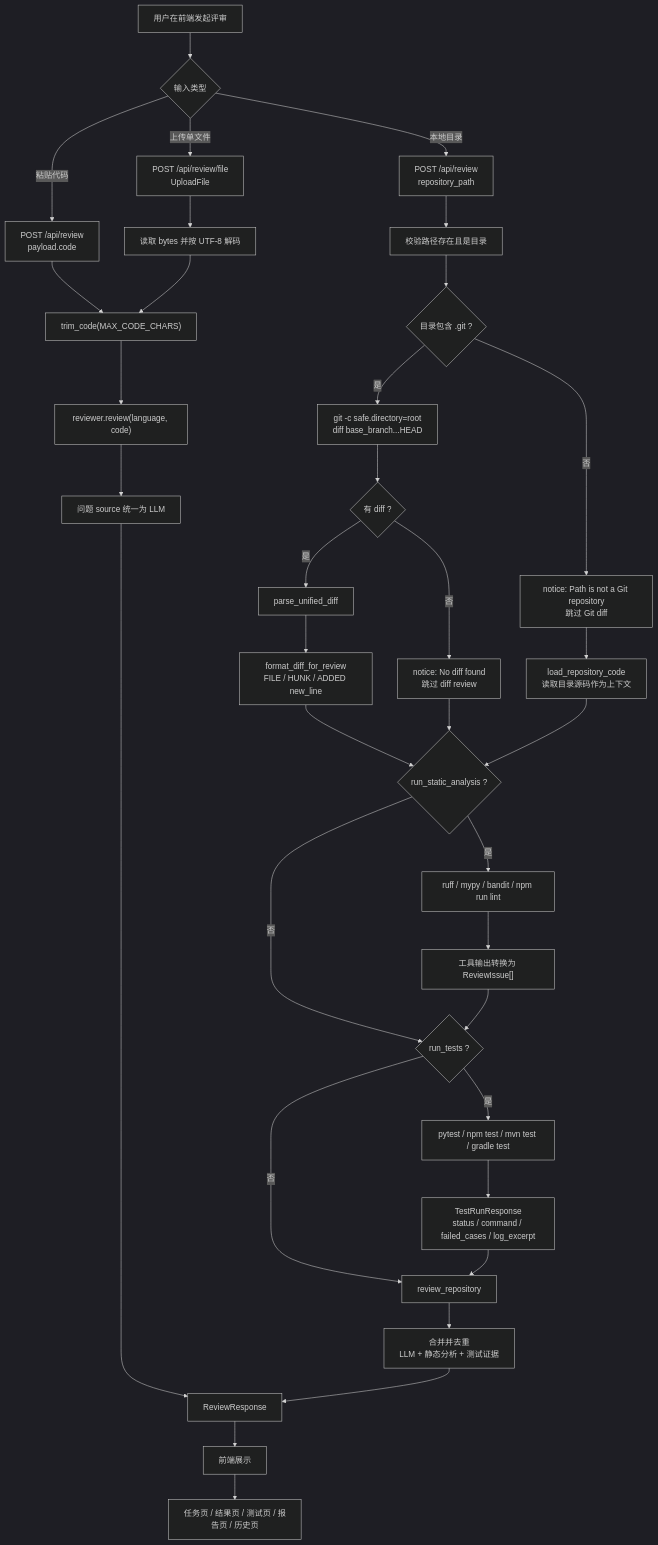
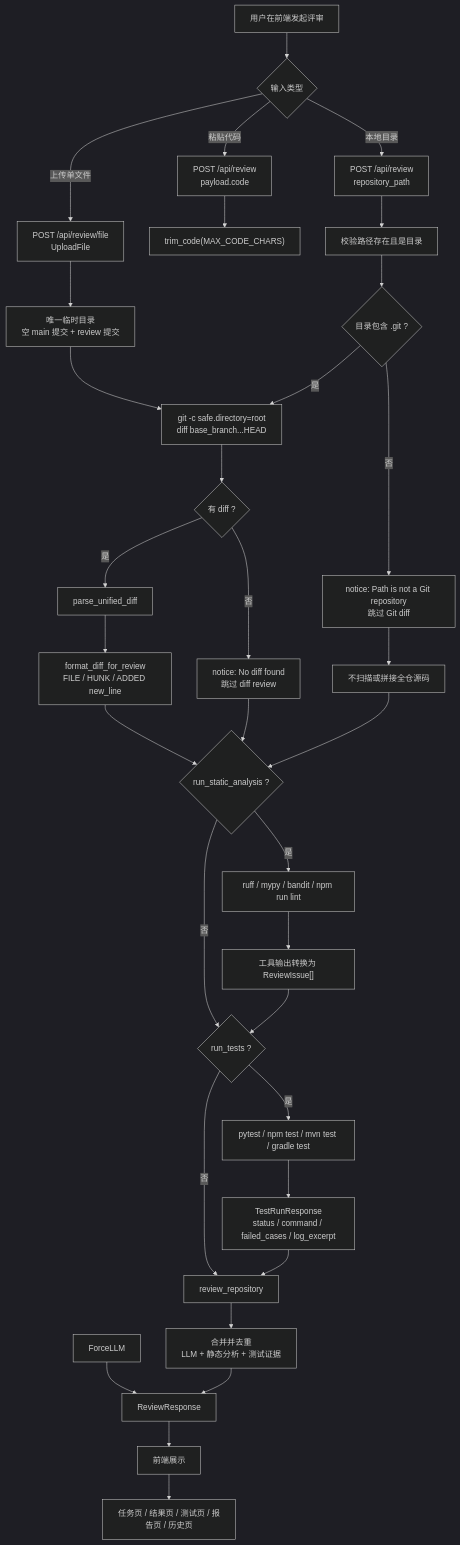
One commit to cqlcqlcql/LLM-CodeReviewer changed the diagram in docs/project-overview.md. Above: the diagram before and after it, drawn with Mermaid (dark theme). The commit also changed other lines of this file and 15 other files, not shown here.

````diff
--- a/docs/project-overview.md
+++ b/docs/project-overview.md
@@ -55,47 +56,45 @@
 ```mermaid
 flowchart TD
     Start["用户在前端发起评审"] --> Input{"输入类型"}
 
     Input -->|粘贴代码| CodeText["POST /api/review<br/>payload.code"]
     Input -->|上传单文件| FileUpload["POST /api/review/file<br/>UploadFile"]
     Input -->|本地目录| RepoPath["POST /api/review<br/>repository_path"]
 
     CodeText --> TrimCode["trim_code(MAX_CODE_CHARS)"]
-    FileUpload --> DecodeFile["读取 bytes 并按 UTF-8 解码"]
-    DecodeFile --> TrimCode
-    TrimCode --> DirectReview["reviewer.review(language, code)"]
-    DirectReview --> ForceLLM["问题 source 统一为 LLM"]
+    FileUpload --> FileWorkspace["唯一临时目录<br/>空 main 提交 + review 提交"]
+    FileWorkspace --> GitDiff
 
     RepoPath --> ValidatePath["校验路径存在且是目录"]
     ValidatePath --> IsGit{"目录包含 .git ?"}
 
     IsGit -->|是| GitDiff["git -c safe.directory=root<br/>diff base_branch...HEAD"]
     GitDiff --> DiffOk{"有 diff ?"}
     DiffOk -->|是| ParseDiff["parse_unified_diff"]
     ParseDiff --> FormatDiff["format_diff_for_review<br/>FILE / HUNK / ADDED new_line"]
     DiffOk -->|否| NoDiffNotice["notice: No diff found<br/>跳过 diff review"]
 
     IsGit -->|否| NonGitNotice["notice: Path is not a Git repository<br/>跳过 Git diff"]
-    NonGitNotice --> LoadSource["load_repository_code<br/>读取目录源码作为上下文"]
+    NonGitNotice --> SkipSource["不扫描或拼接全仓源码"]
 
     FormatDiff --> StaticGate{"run_static_analysis ?"}
     NoDiffNotice --> StaticGate
-    LoadSource --> StaticGate
+    SkipSource --> StaticGate
 
     StaticGate -->|是| StaticTools["ruff / mypy / bandit / npm run lint"]
     StaticGate -->|否| TestGate{"run_tests ?"}
     StaticTools --> ToolIssues["工具输出转换为 ReviewIssue[]"]
     ToolIssues --> TestGate
 
     TestGate -->|是| TestRunner["pytest / npm test / mvn test / gradle test"]
     TestGate -->|否| RepoReview["review_repository"]
     TestRunner --> TestResult["TestRunResponse<br/>status / command / failed_cases / log_excerpt"]
     TestResult --> RepoReview
 
     RepoReview --> Merge["合并并去重<br/>LLM + 静态分析 + 测试证据"]
     ForceLLM --> Response["ReviewResponse"]
     Merge --> Response
 
     Response --> Frontend["前端展示"]
     Frontend --> Views["任务页 / 结果页 / 测试页 / 报告页 / 历史页"]
 ```
````
